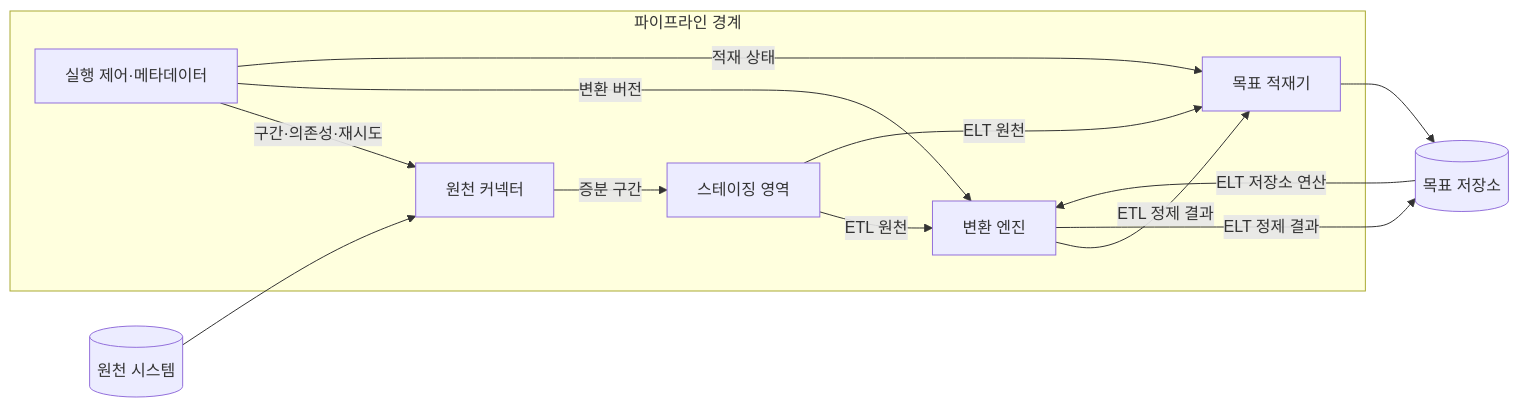
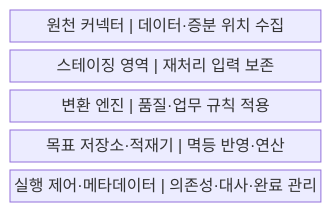
One commit to agnusdei1207/knowledge-base changed the first of 2 diagrams in src/content/docs/notes/03-software/138_etl_elt_pipeline.md. Above: the diagram before and after it, drawn with Mermaid. The commit also changed other lines of this file and 20 other files, not shown here.

````diff
--- a/src/content/docs/notes/03-software/138_etl_elt_pipeline.md
+++ b/src/content/docs/notes/03-software/138_etl_elt_pipeline.md
@@ -61,22 +57,9 @@
 ```mermaid
-flowchart LR
-    S[(원천 시스템)]
-    subgraph P[파이프라인 경계]
-        C[원천 커넥터]
-        A[스테이징 영역]
-        T[변환 엔진]
-        L[목표 적재기]
-        M[실행 제어·메타데이터]
-        C -->|증분 구간| A
-        A -->|ETL 원천| T
-        T -->|ETL 정제 결과| L
-        A -->|ELT 원천| L
-        M -->|구간·의존성·재시도| C
-        M -->|변환 버전| T
-        M -->|적재 상태| L
-    end
-    S --> C
-    L --> D[(목표 저장소)]
-    D -->|ELT 저장소 연산| T
-    T -->|ELT 정제 결과| D
+block
+    columns 1
+    A["원천 커넥터 | 데이터·증분 위치 수집"]
+    B["스테이징 영역 | 재처리 입력 보존"]
+    C["변환 엔진 | 품질·업무 규칙 적용"]
+    D["목표 저장소·적재기 | 멱등 반영·연산"]
+    E["실행 제어·메타데이터 | 의존성·대사·완료 관리"]
 ```
````
